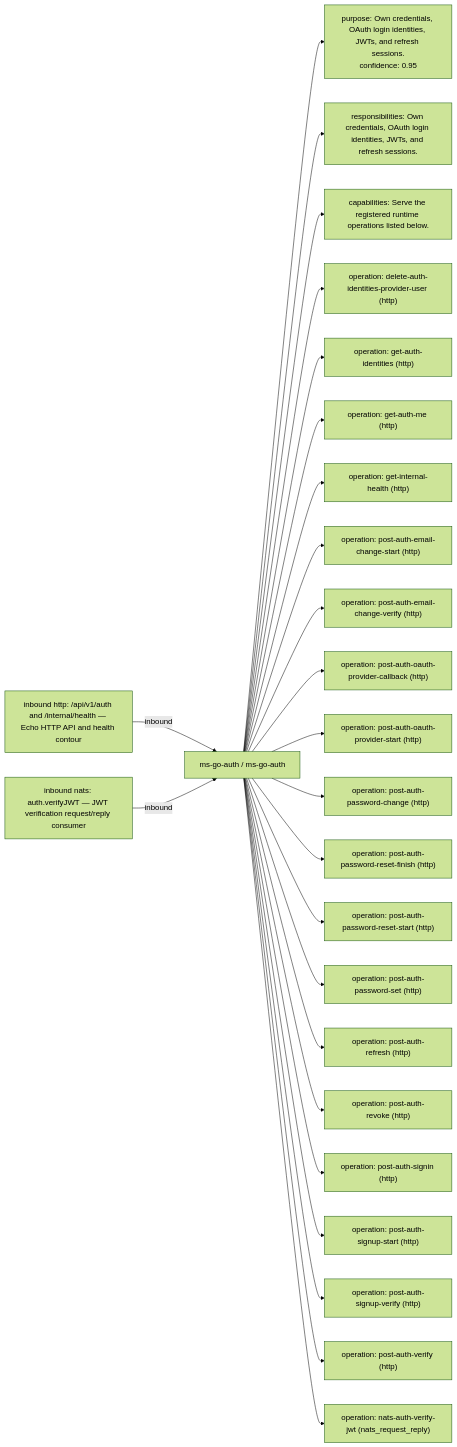
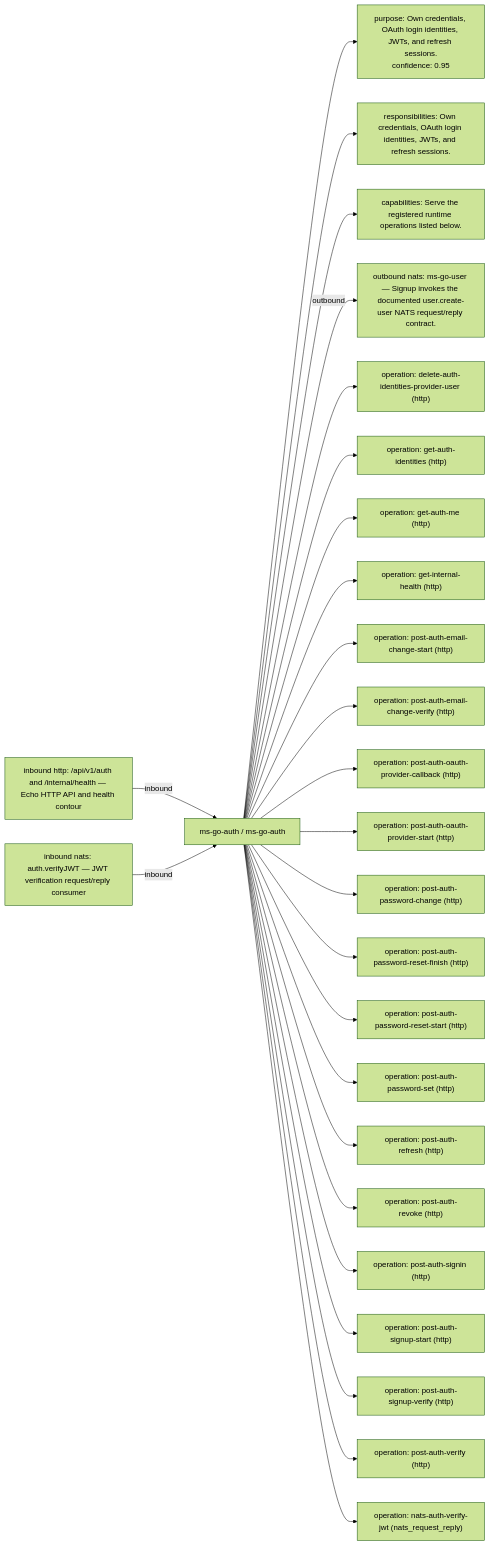
Before and after one commit to bemulima/ms-go-auth: the diagram in .ai/architecture/service.mmd, drawn with Mermaid (forest theme). The commit also changed 1 other file, not shown here.

Commit message:
docs(architecture): resolve user messaging relation

```diff
--- a/.ai/architecture/service.mmd
+++ b/.ai/architecture/service.mmd
@@ -1,52 +1,54 @@
 %% GENERATED — READ-ONLY PRESENTATION
 %% Do not edit; source of truth is the architecture manifest.
 flowchart LR
   svc["ms-go-auth / ms-go-auth"]
   svcInfo["purpose: Own credentials, OAuth login identities, JWTs, and refresh sessions.<br/>confidence: 0.95"]
   svc --> svcInfo
   service_responsibilities["responsibilities: Own credentials, OAuth login identities, JWTs, and refresh sessions."]
   svc --> service_responsibilities
   service_capabilities["capabilities: Serve the registered runtime operations listed below."]
   svc --> service_capabilities
   inbound_0["inbound http: /api/v1/auth and /internal/health — Echo HTTP API and health contour"]
   inbound_0 -->|inbound| svc
   inbound_1["inbound nats: auth.verifyJWT — JWT verification request/reply consumer"]
   inbound_1 -->|inbound| svc
+  outbound_0["outbound nats: ms-go-user — Signup invokes the documented user.create-user NATS request/reply contract."]
+  svc -->|outbound| outbound_0
   operation_0["operation: delete-auth-identities-provider-user (http)"]
   svc --> operation_0
   operation_1["operation: get-auth-identities (http)"]
   svc --> operation_1
   operation_2["operation: get-auth-me (http)"]
   svc --> operation_2
   operation_3["operation: get-internal-health (http)"]
   svc --> operation_3
   operation_4["operation: post-auth-email-change-start (http)"]
   svc --> operation_4
   operation_5["operation: post-auth-email-change-verify (http)"]
   svc --> operation_5
   operation_6["operation: post-auth-oauth-provider-callback (http)"]
   svc --> operation_6
   operation_7["operation: post-auth-oauth-provider-start (http)"]
   svc --> operation_7
   operation_8["operation: post-auth-password-change (http)"]
   svc --> operation_8
   operation_9["operation: post-auth-password-reset-finish (http)"]
   svc --> operation_9
   operation_10["operation: post-auth-password-reset-start (http)"]
   svc --> operation_10
   operation_11["operation: post-auth-password-set (http)"]
   svc --> operation_11
   operation_12["operation: post-auth-refresh (http)"]
   svc --> operation_12
   operation_13["operation: post-auth-revoke (http)"]
   svc --> operation_13
   operation_14["operation: post-auth-signin (http)"]
   svc --> operation_14
   operation_15["operation: post-auth-signup-start (http)"]
   svc --> operation_15
   operation_16["operation: post-auth-signup-verify (http)"]
   svc --> operation_16
   operation_17["operation: post-auth-verify (http)"]
   svc --> operation_17
   operation_18["operation: nats-auth-verify-jwt (nats_request_reply)"]
   svc --> operation_18
```
